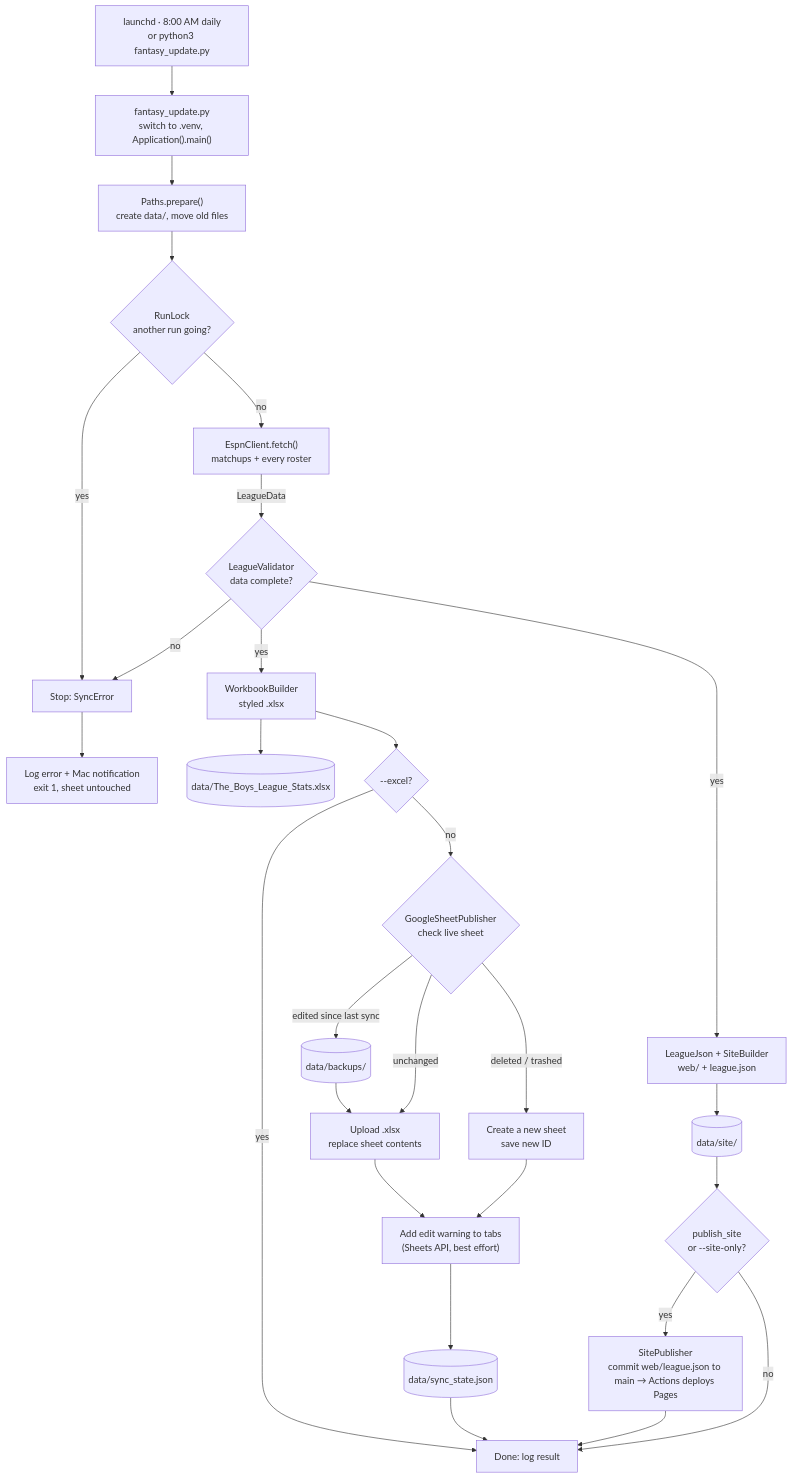
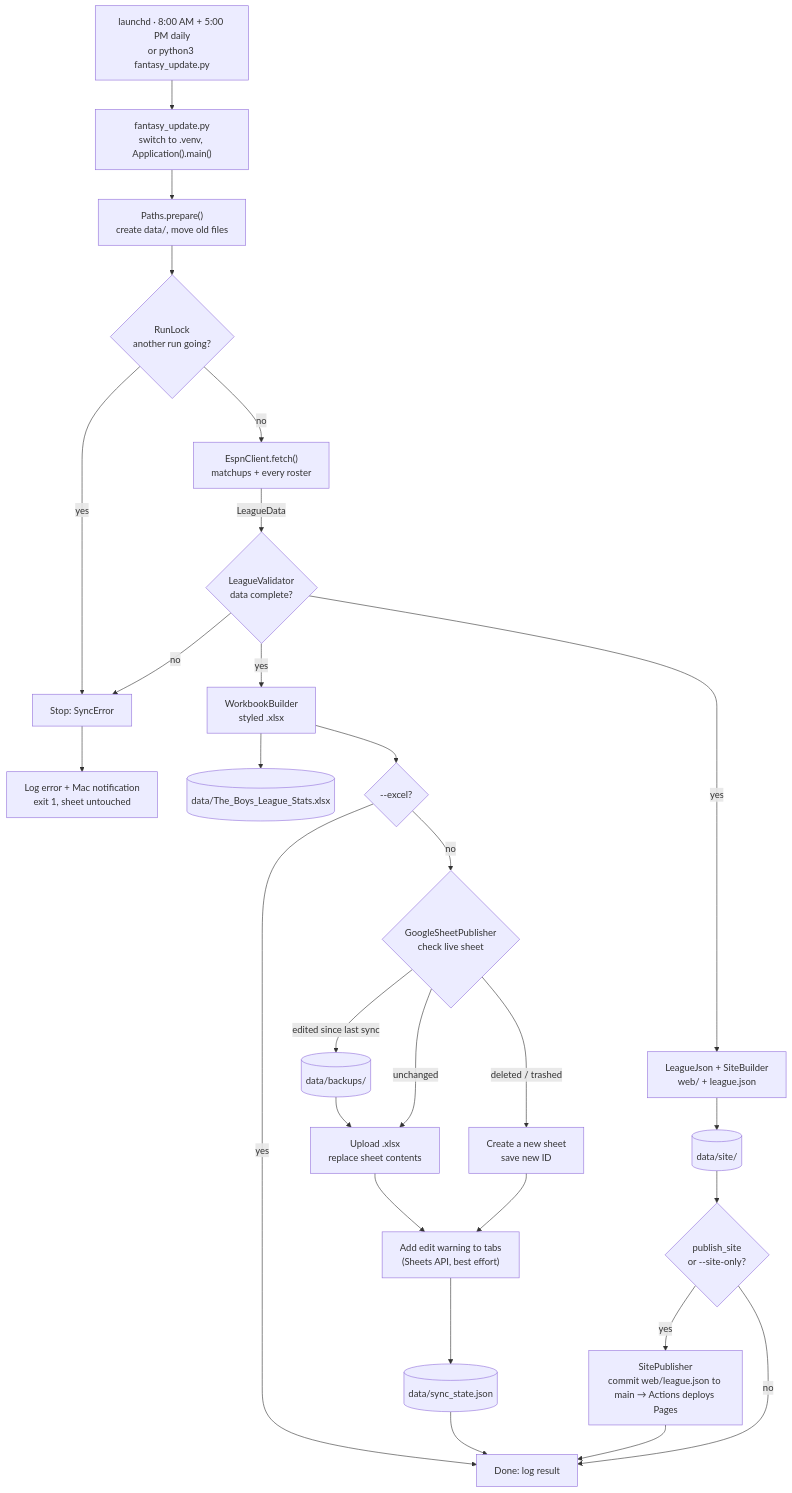
Before and after one commit to renkecui/FantasyReport: the diagram in docs/ARCHITECTURE.md, drawn with Mermaid. The commit also changed other lines of this file and 10 other files, not shown here.

````diff
--- a/docs/ARCHITECTURE.md
+++ b/docs/ARCHITECTURE.md
@@ -3,30 +3,30 @@
 ```mermaid
 flowchart TD
-    S["launchd · 8:00 AM daily<br/>or python3 fantasy_update.py"] --> E["fantasy_update.py<br/>switch to .venv, Application().main()"]
+    S["launchd · 8:00 AM + 5:00 PM daily<br/>or python3 fantasy_update.py"] --> E["fantasy_update.py<br/>switch to .venv, Application().main()"]
     E --> P["Paths.prepare()<br/>create data/, move old files"]
     P --> K{"RunLock<br/>another run going?"}
     K -- yes --> X["Stop: SyncError"]
     K -- no --> C["EspnClient.fetch()<br/>matchups + every roster"]
     C -- "LeagueData" --> V{"LeagueValidator<br/>data complete?"}
     V -- no --> X
     V -- yes --> W["WorkbookBuilder<br/>styled .xlsx"]
     W --> L[("data/The_Boys_League_Stats.xlsx")]
     V -- yes --> SE["LeagueJson + SiteBuilder<br/>web/ + league.json"]
     SE --> SD[("data/site/")]
     SD --> SP{"publish_site<br/>or --site-only?"}
     SP -- yes --> GP["SitePublisher<br/>commit web/league.json to main → Actions deploys Pages"]
     SP -- no --> D
     GP --> D
     W --> G{"--excel?"}
     G -- yes --> D["Done: log result"]
     G -- no --> CK{"GoogleSheetPublisher<br/>check live sheet"}
     CK -- "edited since last sync" --> B[("data/backups/")]
     B --> U
     CK -- "unchanged" --> U["Upload .xlsx<br/>replace sheet contents"]
     CK -- "deleted / trashed" --> N["Create a new sheet<br/>save new ID"]
     N --> PR
     U --> PR["Add edit warning to tabs<br/>(Sheets API, best effort)"]
     PR --> ST[("data/sync_state.json")]
     ST --> D
     X --> M["Log error + Mac notification<br/>exit 1, sheet untouched"]
 ```
````
